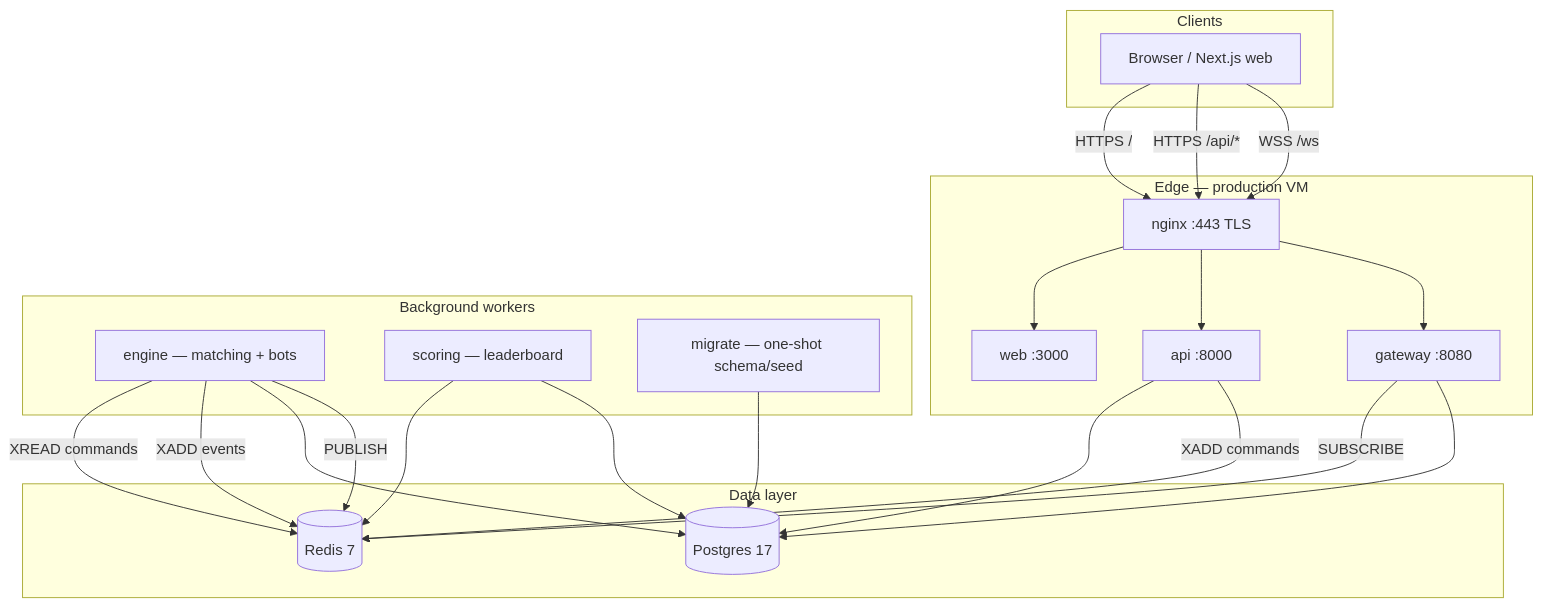
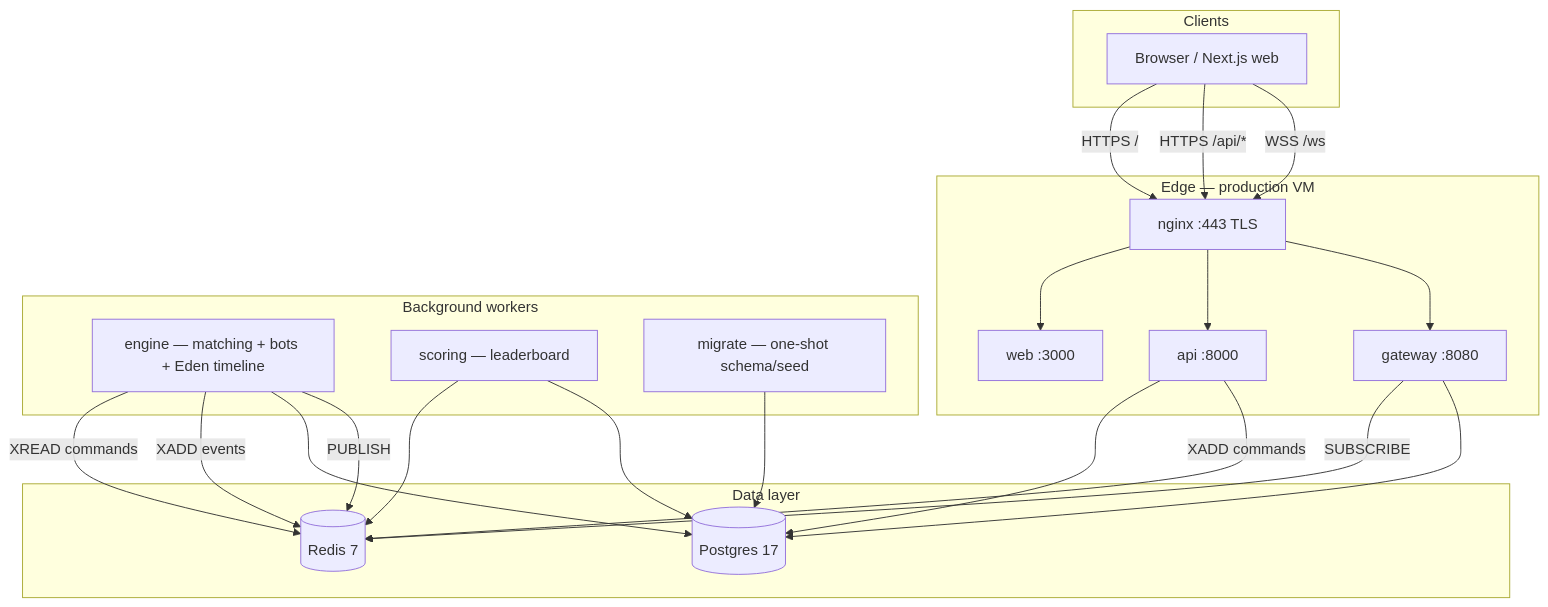
The first of 2 diagrams in AGENTS.md (itxprashant/quant-trading-platform), drawn with Mermaid before and after one commit. The commit also changed other lines of this file and 42 other files, not shown here.

````diff
--- a/AGENTS.md
+++ b/AGENTS.md
@@ -22,40 +30,40 @@
 ```mermaid
 flowchart TB
   subgraph clients [Clients]
     Browser[Browser / Next.js web]
   end
 
   subgraph edge [Edge — production VM]
     Nginx[nginx :443 TLS]
     Web[web :3000]
     API[api :8000]
     GW[gateway :8080]
   end
 
   subgraph workers [Background workers]
-    Engine[engine — matching + bots]
+    Engine[engine — matching + bots + Eden timeline]
     Scoring[scoring — leaderboard]
     Migrate[migrate — one-shot schema/seed]
   end
 
   subgraph data [Data layer]
     PG[(Postgres 17)]
     Redis[(Redis 7)]
   end
 
   Browser -->|HTTPS /| Nginx --> Web
   Browser -->|HTTPS /api/*| Nginx --> API
   Browser -->|WSS /ws| Nginx --> GW
 
   API --> PG
   API -->|XADD commands| Redis
   Engine -->|XREAD commands| Redis
   Engine -->|XADD events| Redis
   Engine --> PG
   Engine -->|PUBLISH| Redis
   GW -->|SUBSCRIBE| Redis
   GW --> PG
   Scoring --> Redis
   Scoring --> PG
   Migrate --> PG
 ```
````
